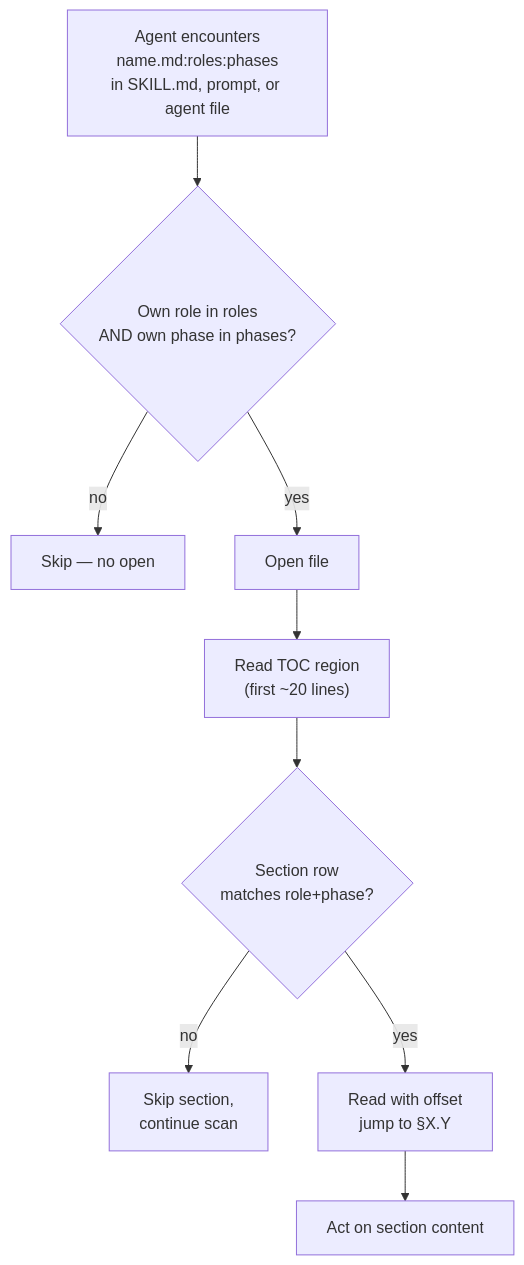
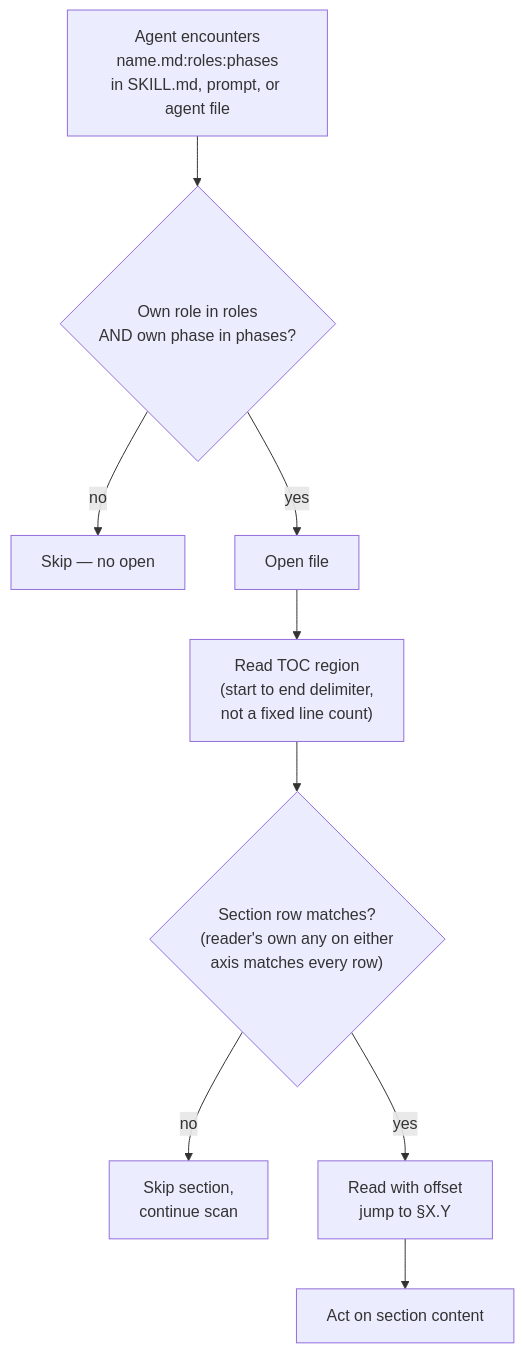
Before and after one commit to JetBrains/youtrackdb: the diagram in docs/adr/ytdb-1023-workflow-toc/_workflow/staged-workflow/.claude/workflow/conventions.md, drawn with Mermaid. The commit also changed other lines of this file and 38 other files, not shown here.

````diff
--- a/docs/adr/ytdb-1023-workflow-toc/_workflow/staged-workflow/.claude/workflow/conventions.md
+++ b/docs/adr/ytdb-1023-workflow-toc/_workflow/staged-workflow/.claude/workflow/conventions.md
@@ -1430,21 +1439,21 @@
 ```mermaid
 flowchart TD
     READ_REF["Agent encounters<br/>name.md:roles:phases<br/>in SKILL.md, prompt, or agent file"]
     MATCH{"Own role in roles<br/>AND own phase in phases?"}
     SKIP["Skip — no open"]
     OPEN["Open file"]
-    READ_TOC["Read TOC region<br/>(first ~20 lines)"]
-    SECTION_MATCH{"Section row<br/>matches role+phase?"}
+    READ_TOC["Read TOC region<br/>(start to end delimiter,<br/>not a fixed line count)"]
+    SECTION_MATCH{"Section row matches?<br/>(reader's own any on either<br/>axis matches every row)"}
     SKIP_SECTION["Skip section,<br/>continue scan"]
     JUMP["Read with offset<br/>jump to §X.Y"]
     DONE["Act on section content"]
 
     READ_REF --> MATCH
     MATCH -->|no| SKIP
     MATCH -->|yes| OPEN
     OPEN --> READ_TOC
     READ_TOC --> SECTION_MATCH
     SECTION_MATCH -->|no| SKIP_SECTION
     SECTION_MATCH -->|yes| JUMP
     JUMP --> DONE
 ```
````
